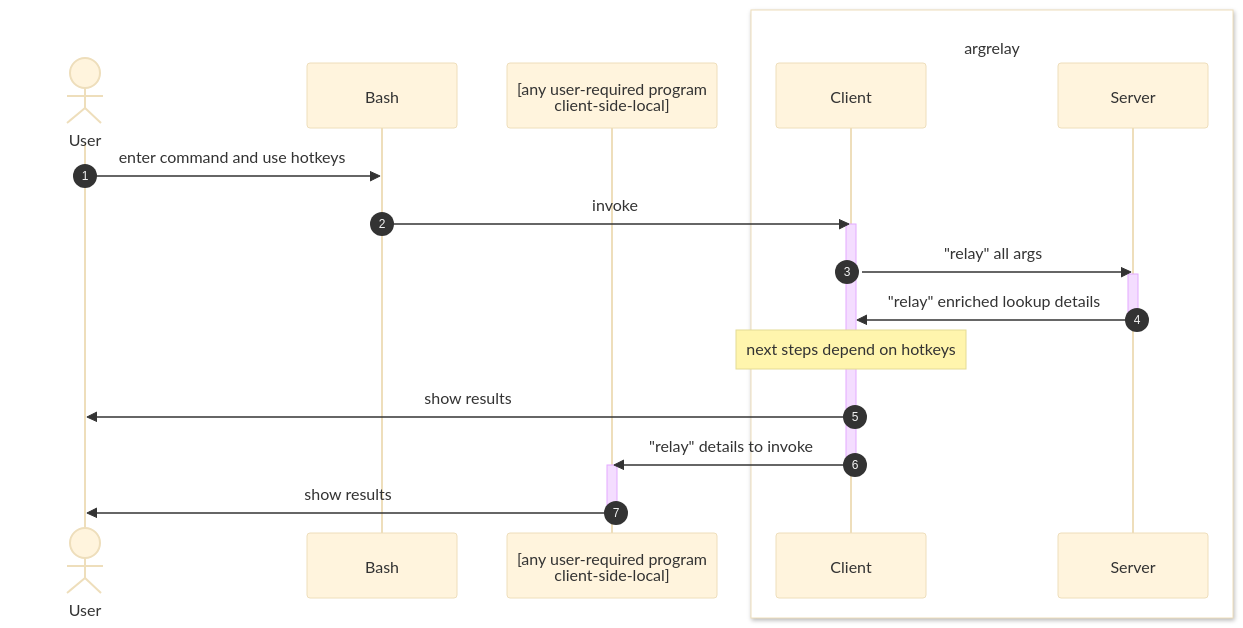
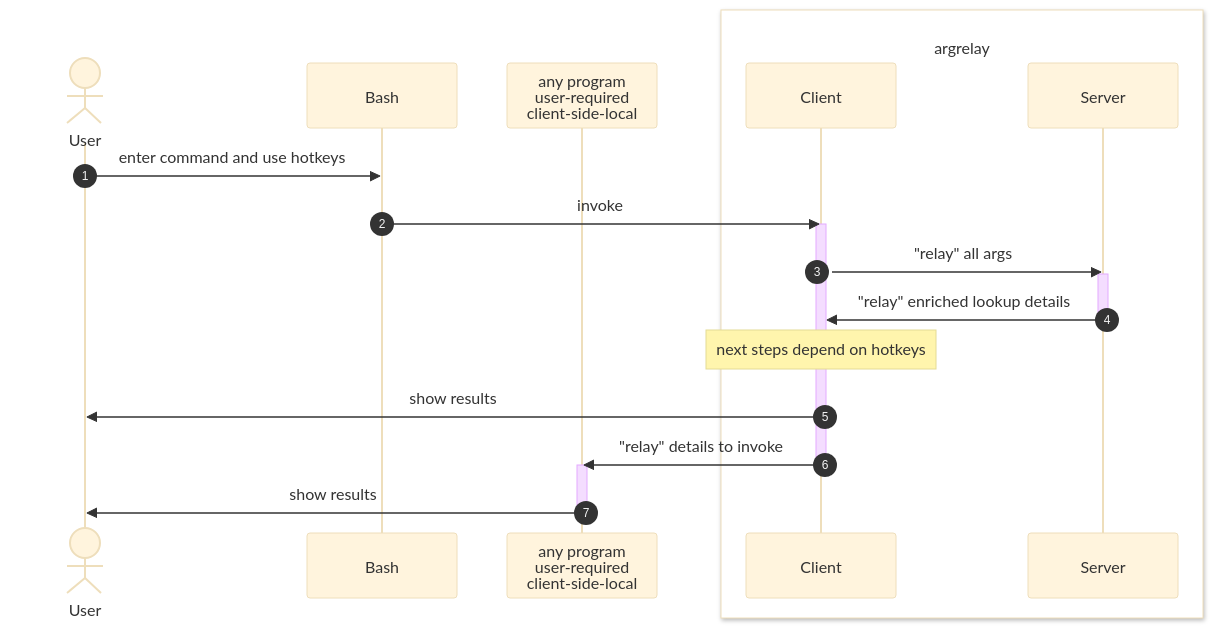
Before and after one commit to argrelay/argrelay: the diagram in readme.md, drawn with Mermaid (base theme).

Commit message:
Update diagram

````diff
--- a/readme.md
+++ b/readme.md
@@ -78,25 +78,25 @@
 ```mermaid
 sequenceDiagram
     autonumber
     Actor U as <br/>User
     participant B as Bash
-    participant P as [any user-required program<br/>client-side-local]
+    participant P as any program<br/>user-required<br/>client-side-local
     box rgb(255, 255, 255) <br/>argrelay
     participant C as Client
     participant S as Server
     end
     U ->> B: enter command and use hotkeys
     B ->> C: invoke
     activate C
     C ->> S: "relay" all args
     activate S
     S ->> C: "relay" enriched lookup details
     deactivate S
     Note over C: next steps depend on hotkeys
     C ->> U: show results
     C ->> P: "relay" details to invoke
     deactivate C
     activate P
     P ->> U: show results
     deactivate P
 ```
````
